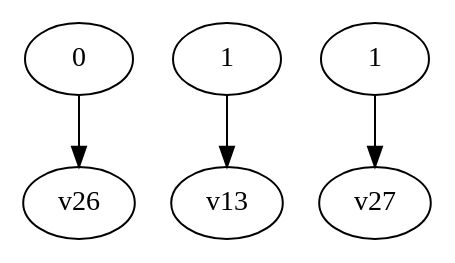
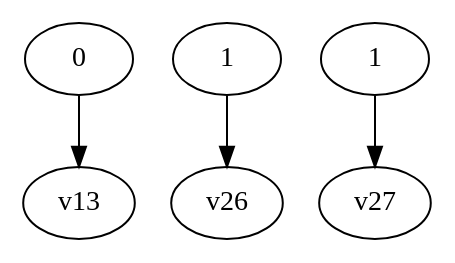
One commit to yadej/graph_project changed the diagram in dot_files/testEvaluate.dot. Above: the diagram before and after it, drawn with Graphviz. The commit also changed 4 other files, not shown here.

```diff
--- a/dot_files/testEvaluate.dot
+++ b/dot_files/testEvaluate.dot
@@ -1,8 +1,8 @@
 digraph G { 
-v14 [label="0"]; 
-v51 [label="1"]; 
-v56 [label="1"]; 
-v14 -> v26;
-v51 -> v13;
-v56 -> v27;
+v52 [label="0"]; 
+v58 [label="1"]; 
+v59 [label="1"]; 
+v52 -> v13;
+v58 -> v26;
+v59 -> v27;
 }
```
